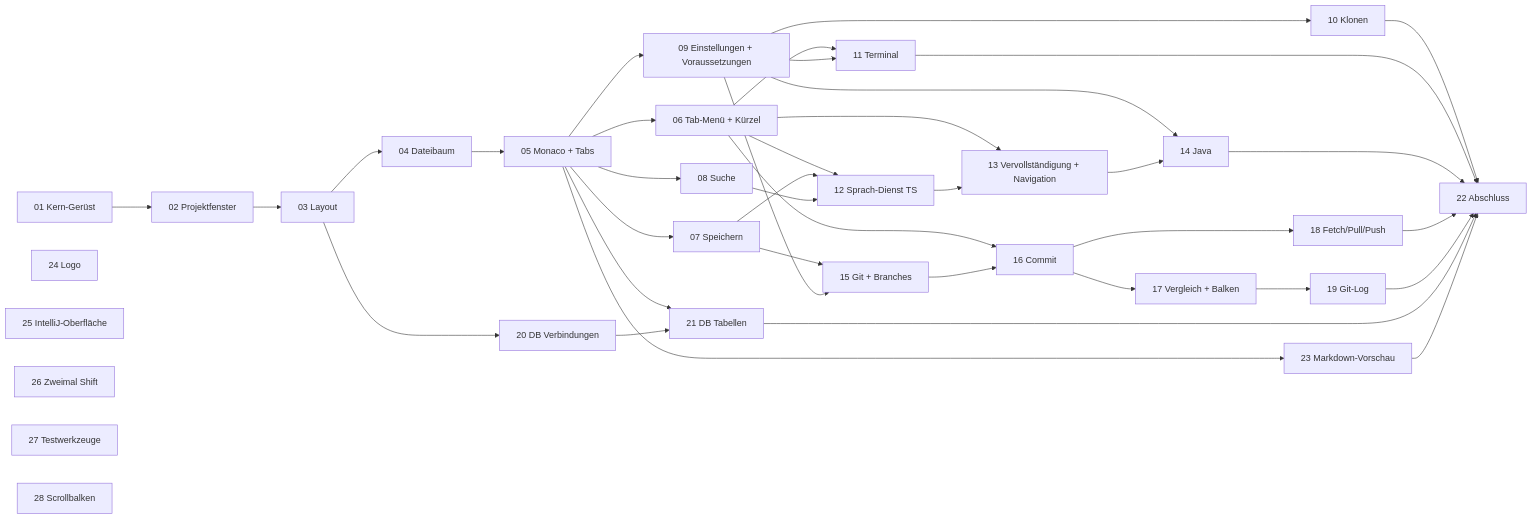
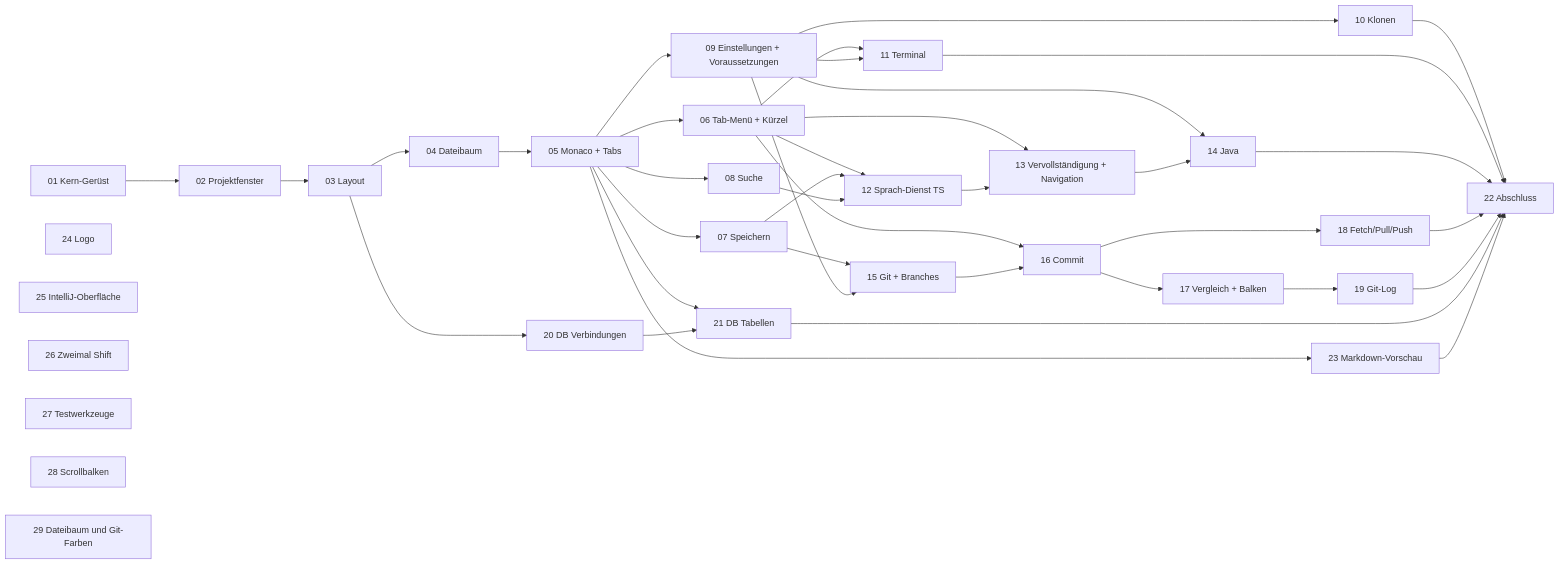
One commit to BonomoAlessandro/codium changed the diagram in docs/tickets/README.md. Above: the diagram before and after it, drawn with Mermaid. The commit also changed other lines of this file and 1 other file, not shown here.

First line of the commit message:
Ticket 29: Dateibaum – Zuklappen schliesst Unterordner, Git-Farben wie in IntelliJ

````diff
--- a/docs/tickets/README.md
+++ b/docs/tickets/README.md
@@ -103,44 +104,45 @@
 ```mermaid
 flowchart LR
   T01[01 Kern-Gerüst] --> T02[02 Projektfenster]
   T02 --> T03[03 Layout]
   T03 --> T04[04 Dateibaum]
   T04 --> T05[05 Monaco + Tabs]
   T05 --> T06[06 Tab-Menü + Kürzel]
   T05 --> T07[07 Speichern]
   T05 --> T08[08 Suche]
   T05 --> T09[09 Einstellungen + Voraussetzungen]
   T09 --> T10[10 Klonen]
   T06 --> T11[11 Terminal]
   T09 --> T11
   T06 --> T12[12 Sprach-Dienst TS]
   T07 --> T12
   T08 --> T12
   T06 --> T13[13 Vervollständigung + Navigation]
   T12 --> T13
   T09 --> T14[14 Java]
   T13 --> T14
   T07 --> T15[15 Git + Branches]
   T09 --> T15
   T06 --> T16[16 Commit]
   T15 --> T16
   T16 --> T17[17 Vergleich + Balken]
   T16 --> T18[18 Fetch/Pull/Push]
   T17 --> T19[19 Git-Log]
   T03 --> T20[20 DB Verbindungen]
   T05 --> T21[21 DB Tabellen]
   T20 --> T21
   T10 --> T22[22 Abschluss]
   T11 --> T22
   T14 --> T22
   T18 --> T22
   T19 --> T22
   T21 --> T22
   T05 --> T23[23 Markdown-Vorschau]
   T23 --> T22
   T24[24 Logo]
   T25[25 IntelliJ-Oberfläche]
   T26[26 Zweimal Shift]
   T27[27 Testwerkzeuge]
   T28[28 Scrollbalken]
+  T29[29 Dateibaum und Git-Farben]
 ```
````
